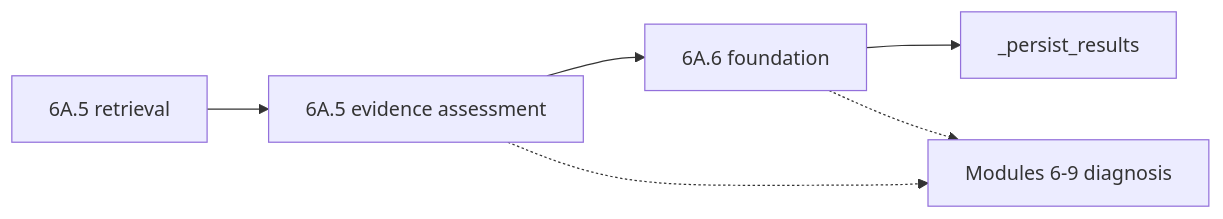
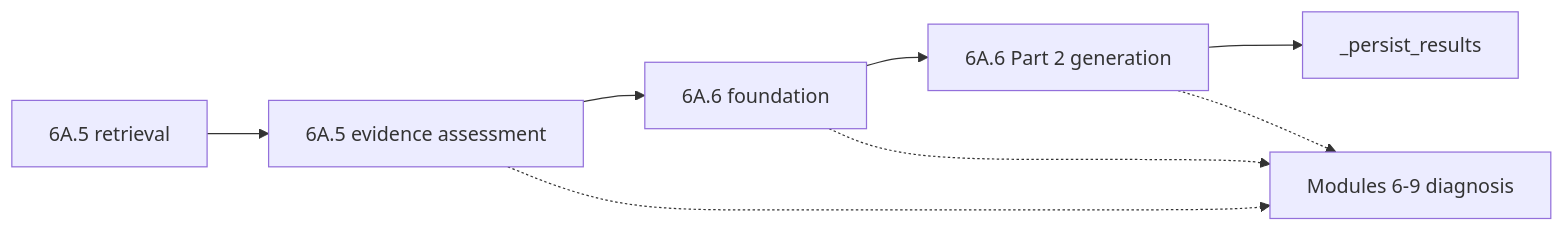
Before and after one commit to chanukaabeysinghe1031/devguard_ai: the first of 2 diagrams in docs/PHASE6A6_COUNTERFACTUAL_REMEDIATION_FOUNDATION.md, drawn with Mermaid. The commit also changed other lines of this file and 12 other files, not shown here.

First line of the commit message:
docs: document Phase 6A.6 Part 2 remediation generation

````diff
--- a/docs/PHASE6A6_COUNTERFACTUAL_REMEDIATION_FOUNDATION.md
+++ b/docs/PHASE6A6_COUNTERFACTUAL_REMEDIATION_FOUNDATION.md
@@ -18,8 +18,10 @@
 ```mermaid
 flowchart LR
   R[6A.5 retrieval] --> E[6A.5 evidence assessment]
   E --> F[6A.6 foundation]
-  F --> P[_persist_results]
+  F --> G[6A.6 Part 2 generation]
+  G --> P[_persist_results]
   E -.-> D[Modules 6-9 diagnosis]
   F -.-> D
+  G -.-> D
 ```
````
